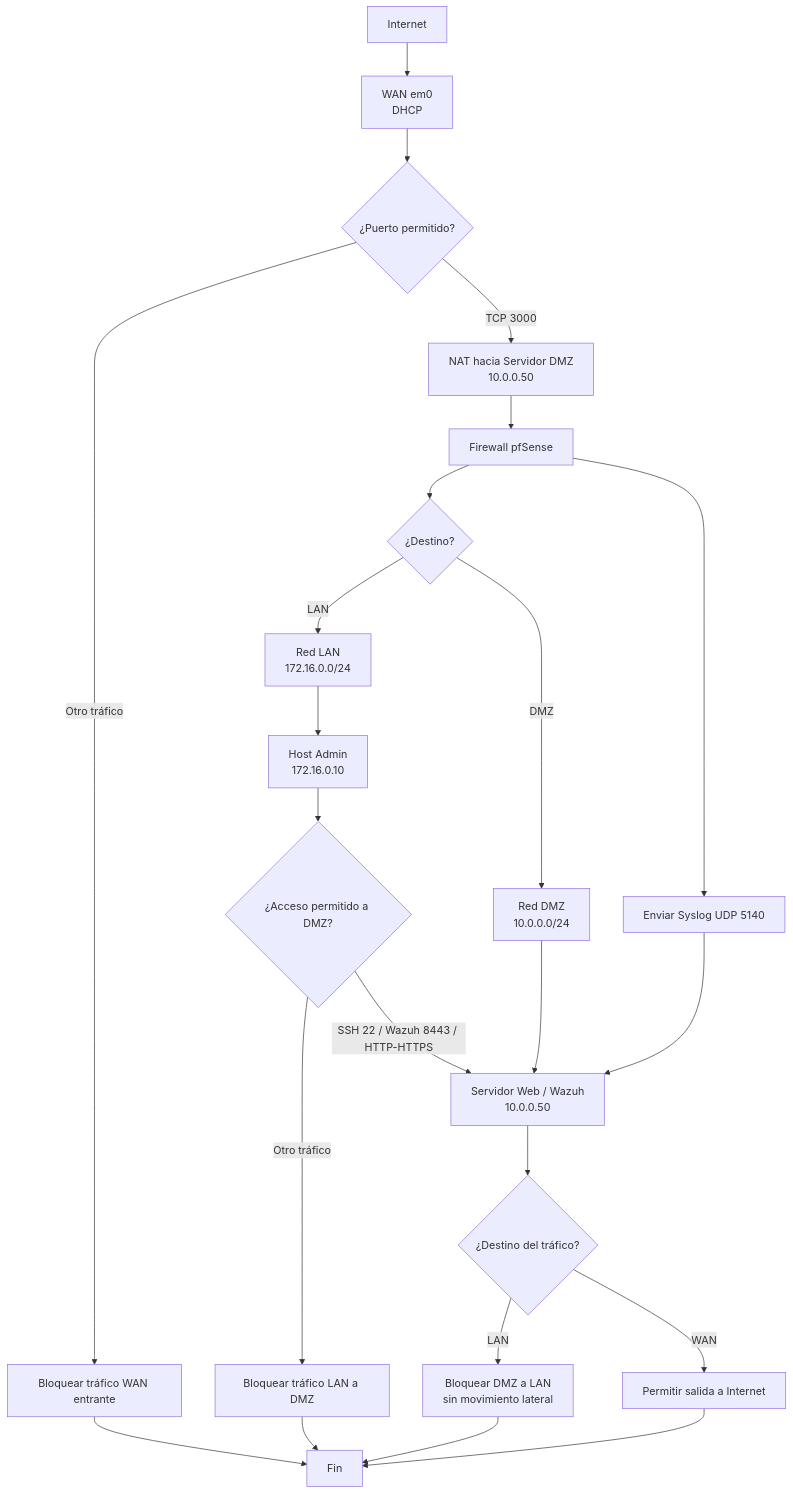
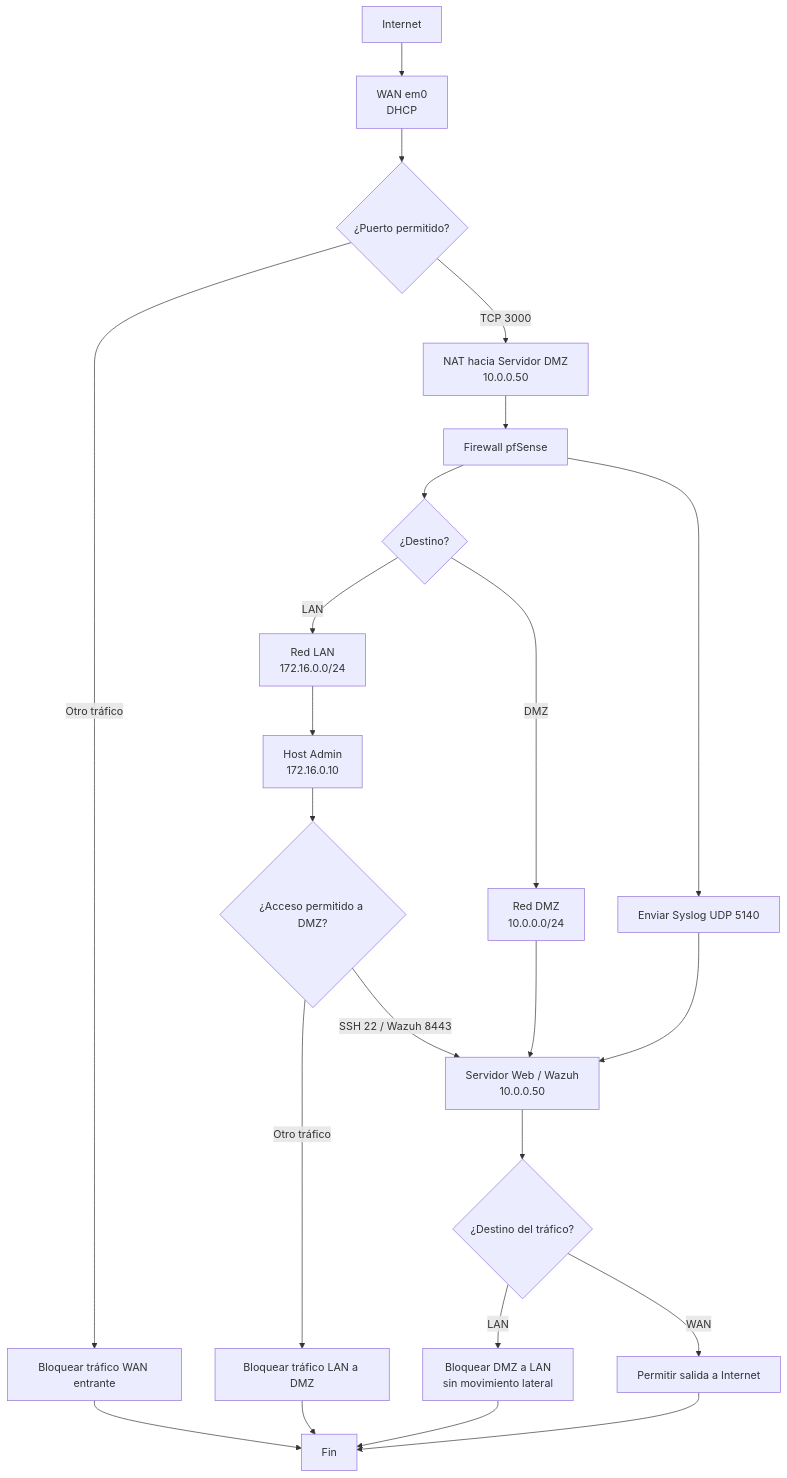
One commit to Juandonado25/cybersecurity-homelab changed the diagram in pfsense-conf/pfsense-secure-gateway.md. Above: the diagram before and after it, drawn with Mermaid.

Commit message:
vault backup: 2026-03-24 18:20:14

````diff
--- a/pfsense-conf/pfsense-secure-gateway.md
+++ b/pfsense-conf/pfsense-secure-gateway.md
@@ -218,33 +218,33 @@
 ```mermaid
 flowchart TD
   A["Internet"] --> B["WAN em0<br/>DHCP"]
 
   B --> C{"¿Puerto permitido?"}
   C -- "TCP 3000" --> D["NAT hacia Servidor DMZ<br/>10.0.0.50"]
   C -- "Otro tráfico" --> E["Bloquear tráfico WAN entrante"]
   E --> Z["Fin"]
 
   D --> F["Firewall pfSense"]
 
   F --> G{"¿Destino?"}
 
   G -- "LAN" --> H["Red LAN<br/>172.16.0.0/24"]
   H --> I["Host Admin<br/>172.16.0.10"]
 
   I --> J{"¿Acceso permitido a DMZ?"}
-  J -- "SSH 22 / Wazuh 8443 / HTTP-HTTPS" --> K["Servidor Web / Wazuh<br/>10.0.0.50"]
+  J -- "SSH 22 / Wazuh 8443" --> K["Servidor Web / Wazuh<br/>10.0.0.50"]
   J -- "Otro tráfico" --> L["Bloquear tráfico LAN a DMZ"]
   L --> Z
 
   G -- "DMZ" --> M["Red DMZ<br/>10.0.0.0/24"]
   M --> K
 
   K --> N{"¿Destino del tráfico?"}
   N -- "LAN" --> O["Bloquear DMZ a LAN<br/>sin movimiento lateral"]
   O --> Z
   N -- "WAN" --> P["Permitir salida a Internet"]
   P --> Z
 
   F --> Q["Enviar Syslog UDP 5140"]
   Q --> K
 ```
````
